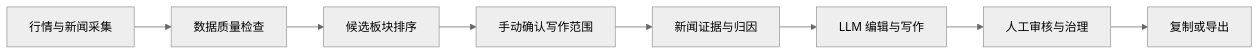
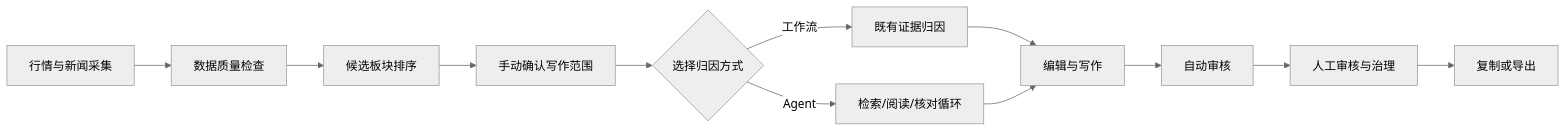
Before and after one commit to zrhm666/SectorPulse: the diagram in README.md, drawn with Mermaid (neutral theme). The commit also changed other lines of this file and 49 other files, not shown here.

````diff
--- a/README.md
+++ b/README.md
@@ -38,10 +55,14 @@
 ```mermaid
 flowchart LR
     A[行情与新闻采集] --> B[数据质量检查]
     B --> C[候选板块排序]
     C --> D[手动确认写作范围]
-    D --> E[新闻证据与归因]
-    E --> F[LLM 编辑与写作]
-    F --> G[人工审核与治理]
-    G --> H[复制或导出]
+    D --> E{选择归因方式}
+    E -->|工作流| F[既有证据归因]
+    E -->|Agent| G[检索/阅读/核对循环]
+    F --> H[编辑与写作]
+    G --> H
+    H --> I[自动审核]
+    I --> J[人工审核与治理]
+    J --> K[复制或导出]
 ```
````
